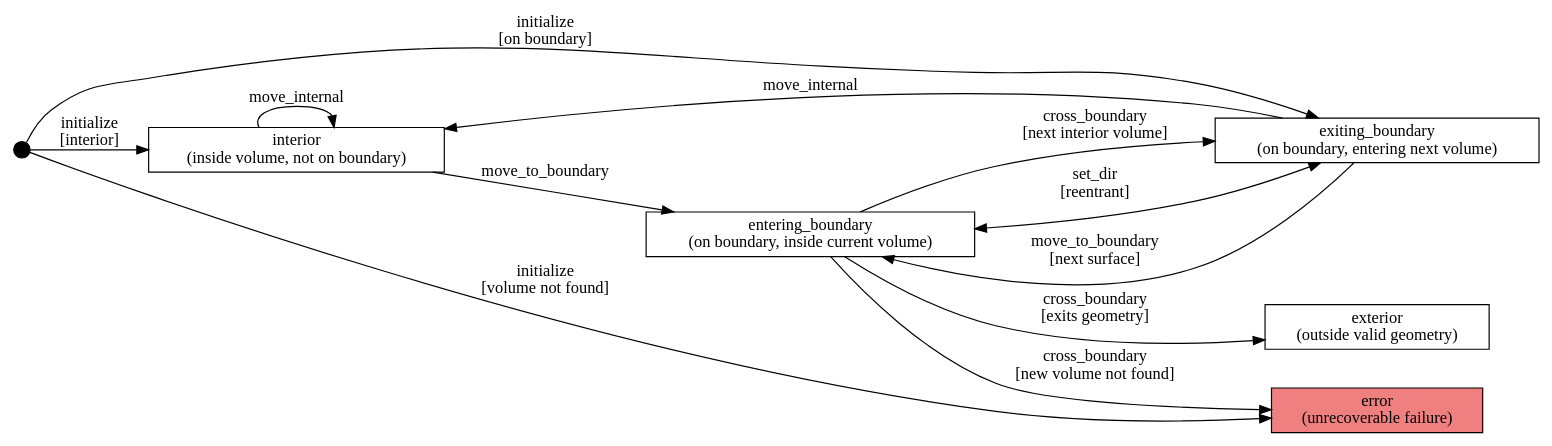
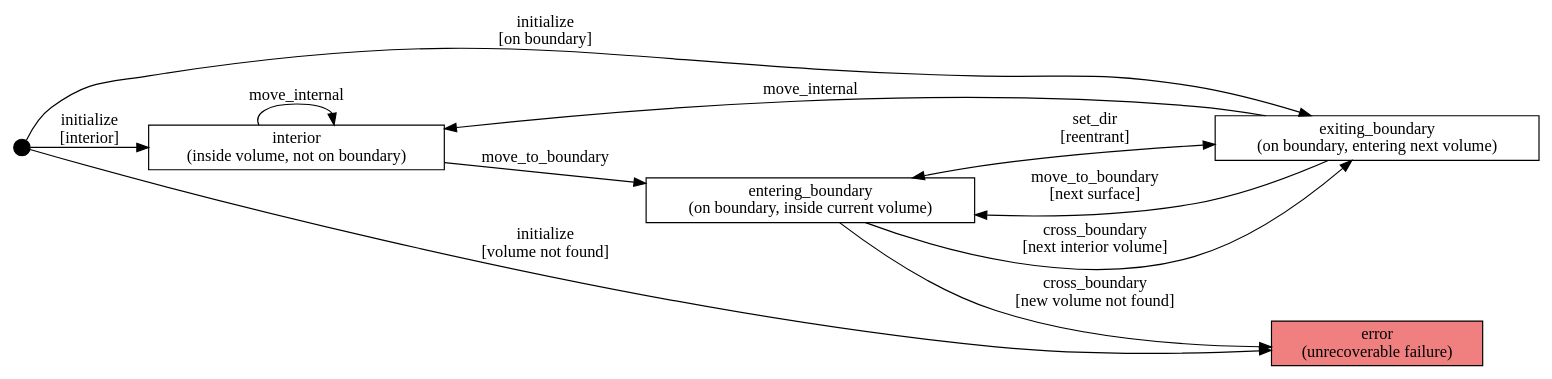
The diagram in doc/_input/geo-status.dot (celeritas-project/celeritas), drawn with Graphviz before and after one commit. The commit also changed 7 other files, not shown here.

```diff
--- a/doc/_input/geo-status.dot
+++ b/doc/_input/geo-status.dot
@@ -1,35 +1,32 @@
 digraph GeoStatus {
   graph [rankdir=LR];
   node [shape=box];
 
   // States
-  "uninitialized"       [label="uninitialized\n(volume not known)"];
   "interior"            [label="interior\n(inside volume, not on boundary)"];
   "exiting_boundary"    [label="exiting_boundary\n(on boundary, entering next volume)"];
   "entering_boundary"   [label="entering_boundary\n(on boundary, inside current volume)"];
-  "exterior"            [label="exterior\n(outside valid geometry)"];
   "error"               [label="error\n(unrecoverable failure)", style=filled, fillcolor=lightcoral];
 
   // Special start and terminal nodes
   "uninitialized" [label="", shape=circle, style=filled, fillcolor=black, width=0.2];
 
   // From uninitialized: operator= places track in geometry
   "uninitialized" -> "interior"  [label="initialize\n[interior]"];
   "uninitialized" -> "exiting_boundary"  [label="initialize\n[on boundary]"];
   "uninitialized" -> "error"             [label="initialize\n[volume not found]"];
 
   // From interior: propagation
   "interior" -> "entering_boundary"  [label="move_to_boundary"];
   "interior" -> "interior"           [label="move_internal"];
 
   // From exiting_boundary: normal tracking
   "exiting_boundary" -> "interior"           [label="move_internal"];
   "exiting_boundary" -> "entering_boundary"  [label="set_dir\n[reentrant]", dir="both"];
   "exiting_boundary" -> "entering_boundary"  [label="move_to_boundary\n[next surface]"];
   // TODO: prohibit "exiting_boundary" -> "exiting_boundary"   [label="cross_boundary\n[when reentrant]"];
 
   // Crossing the surface
   "entering_boundary" -> "exiting_boundary"  [label="cross_boundary\n[next interior volume]"];
-  "entering_boundary" -> "exterior"          [label="cross_boundary\n[exits geometry]"];
   "entering_boundary" -> "error"             [label="cross_boundary\n[new volume not found]"];
 }
```
